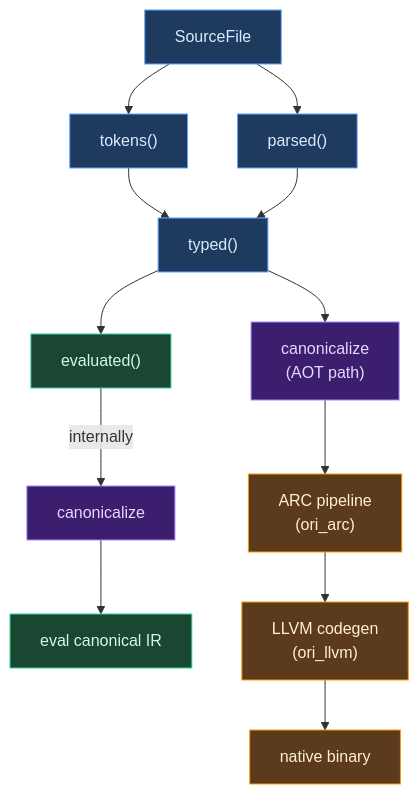
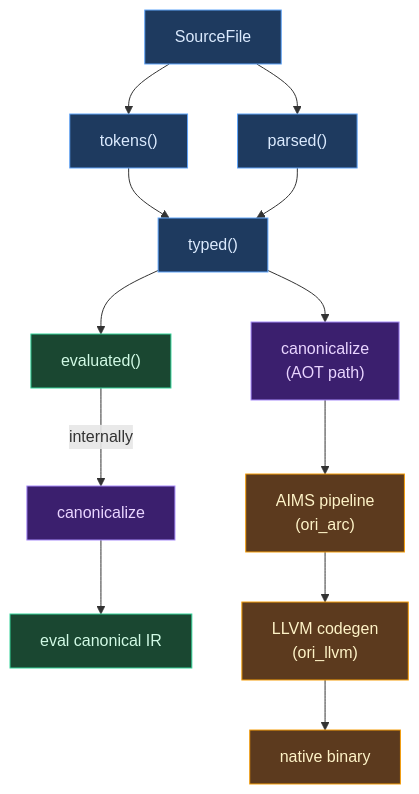
Before and after one commit to upstat-io/ori-lang: the diagram in docs/compiler/design/01-architecture/pipeline.md, drawn with Mermaid. The commit also changed other lines of this file and 51 other files, not shown here.

````diff
--- a/docs/compiler/design/01-architecture/pipeline.md
+++ b/docs/compiler/design/01-architecture/pipeline.md
@@ -237,27 +237,27 @@
 ```mermaid
 flowchart TB
     A["SourceFile"] --> B["tokens()"]
     A --> C["parsed()"]
     B --> D["typed()"]
     C --> D
     D --> E["evaluated()"]
     E -->|"internally"| F["canonicalize"]
     F --> G["eval canonical IR"]
     D --> H["canonicalize
     (AOT path)"]
-    H --> I["ARC pipeline
+    H --> I["AIMS pipeline
     (ori_arc)"]
     I --> J["LLVM codegen
     (ori_llvm)"]
     J --> K["native binary"]
 
     classDef frontend fill:#1e3a5f,stroke:#60a5fa,color:#dbeafe
     classDef canon fill:#3b1f6e,stroke:#a78bfa,color:#e9d5ff
     classDef interpreter fill:#1a4731,stroke:#34d399,color:#d1fae5
     classDef native fill:#5c3a1e,stroke:#f59e0b,color:#fef3c7
 
     class A,B,C,D frontend
     class F,H canon
     class E,G interpreter
     class I,J,K native
 ```
````
